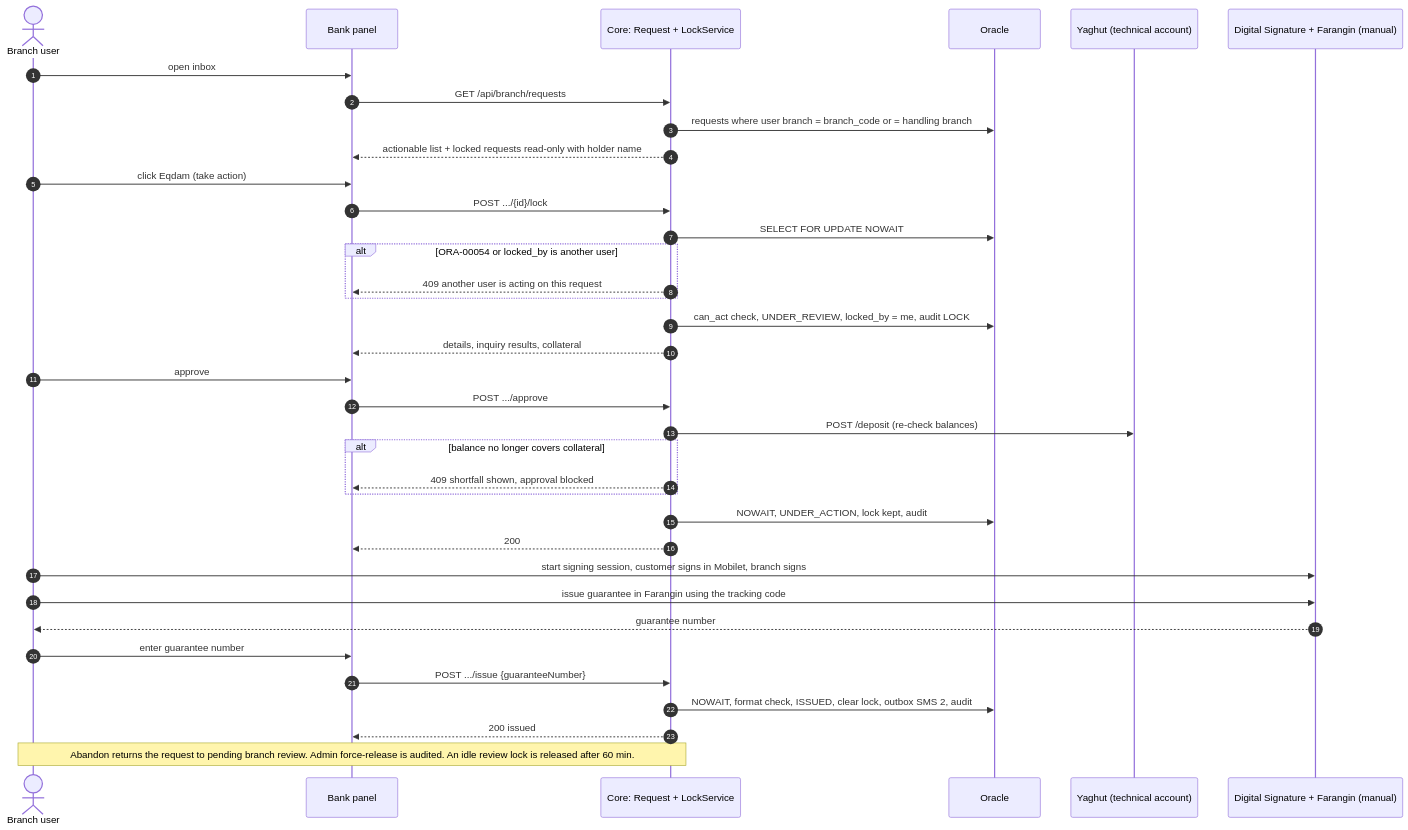
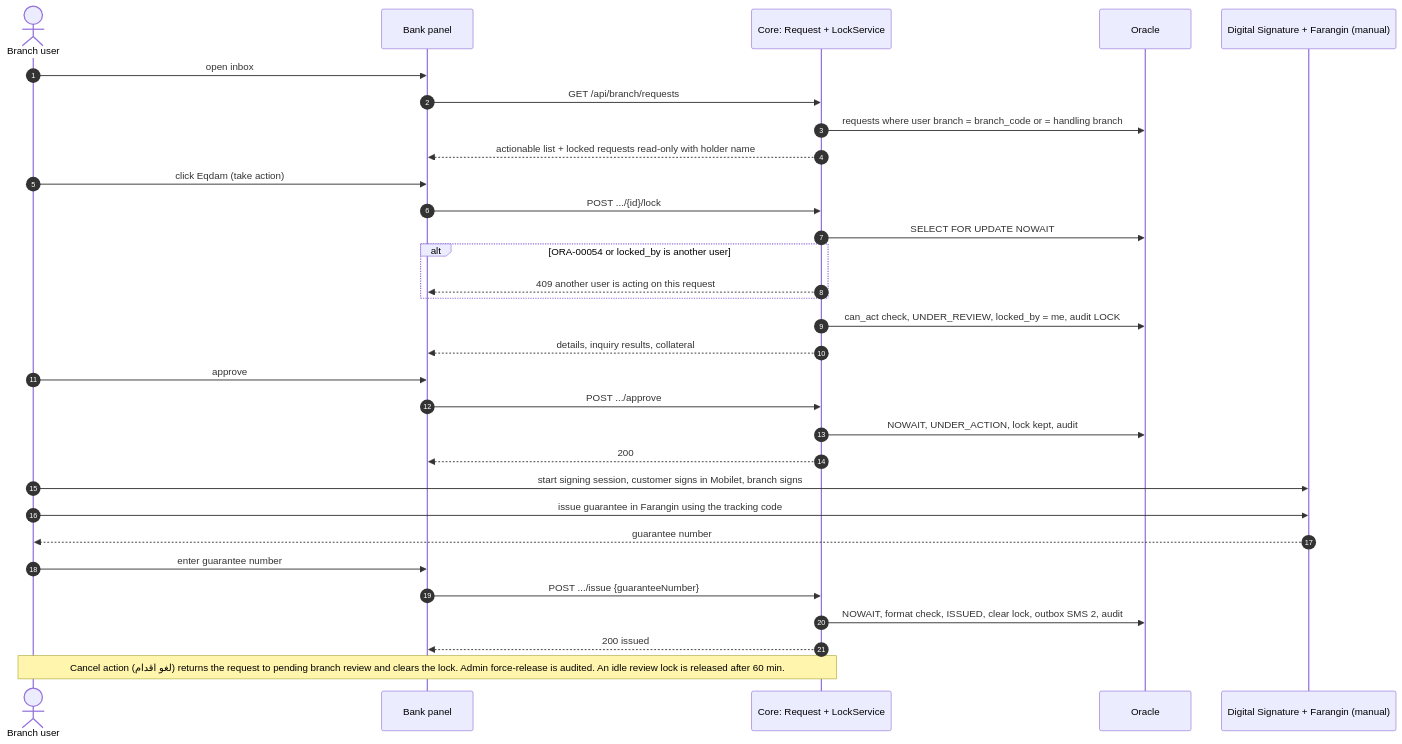
Before and after one commit to Mahmirba/AsanZeman: the diagram in docs/architecture/sequence/s07_branch_issue.mmd, drawn with Mermaid. The commit also changed 9 other files, not shown here.

First line of the commit message:
plan, docs: decisions D41-D46, withdraw D16; architecture doc v2.1

```diff
--- a/docs/architecture/sequence/s07_branch_issue.mmd
+++ b/docs/architecture/sequence/s07_branch_issue.mmd
@@ -1,36 +1,31 @@
 sequenceDiagram
     autonumber
     actor B as Branch user
     participant P as Bank panel
     participant R as Core: Request + LockService
     participant DB as Oracle
-    participant Y as Yaghut (technical account)
     participant M as Digital Signature + Farangin (manual)
     B->>P: open inbox
     P->>R: GET /api/branch/requests
     R->>DB: requests where user branch = branch_code or = handling branch
     R-->>P: actionable list + locked requests read-only with holder name
     B->>P: click Eqdam (take action)
     P->>R: POST .../{id}/lock
     R->>DB: SELECT FOR UPDATE NOWAIT
     alt ORA-00054 or locked_by is another user
         R-->>P: 409 another user is acting on this request
     end
     R->>DB: can_act check, UNDER_REVIEW, locked_by = me, audit LOCK
     R-->>P: details, inquiry results, collateral
     B->>P: approve
     P->>R: POST .../approve
-    R->>Y: POST /deposit (re-check balances)
-    alt balance no longer covers collateral
-        R-->>P: 409 shortfall shown, approval blocked
-    end
     R->>DB: NOWAIT, UNDER_ACTION, lock kept, audit
     R-->>P: 200
     B->>M: start signing session, customer signs in Mobilet, branch signs
     B->>M: issue guarantee in Farangin using the tracking code
     M-->>B: guarantee number
     B->>P: enter guarantee number
     P->>R: POST .../issue {guaranteeNumber}
     R->>DB: NOWAIT, format check, ISSUED, clear lock, outbox SMS 2, audit
     R-->>P: 200 issued
-    Note over B,R: Abandon returns the request to pending branch review. Admin force-release is audited. An idle review lock is released after 60 min.
+    Note over B,R: Cancel action (لغو اقدام) returns the request to pending branch review and clears the lock. Admin force-release is audited. An idle review lock is released after 60 min.
```
